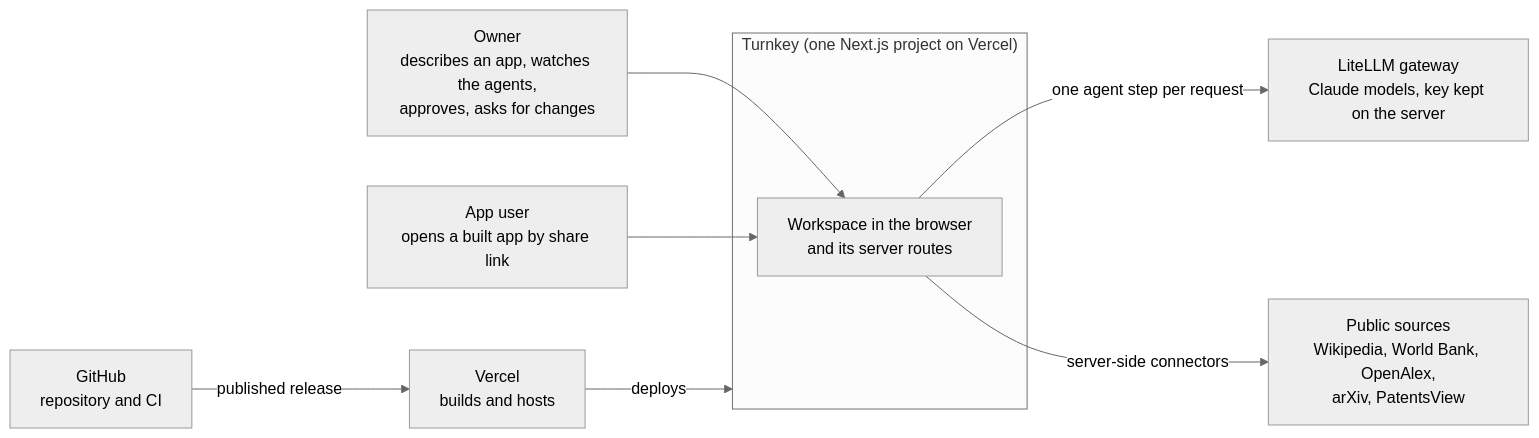
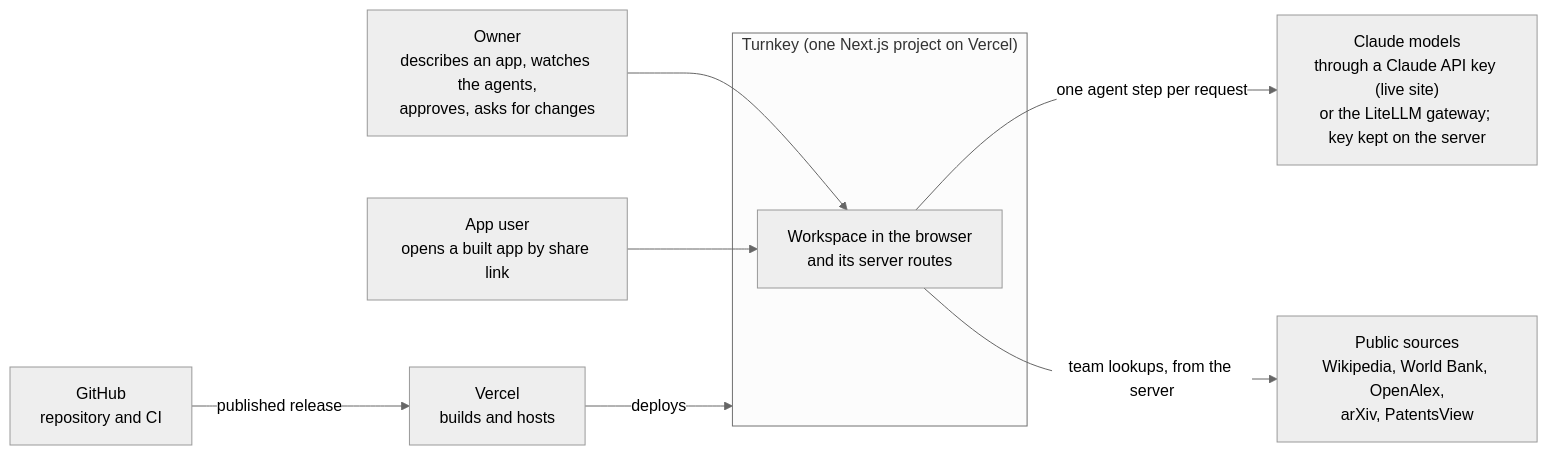
One commit to ismaeel-ch/Turnkey changed the first of 10 diagrams in docs/architecture/overview.md. Above: the diagram before and after it, drawn with Mermaid (neutral theme). The commit also changed other lines of this file and 19 other files, not shown here.

````diff
--- a/docs/architecture/overview.md
+++ b/docs/architecture/overview.md
@@ -30,18 +31,18 @@
 ```mermaid
 flowchart LR
   owner["Owner<br/>describes an app, watches the agents,<br/>approves, asks for changes"]
   user["App user<br/>opens a built app by share link"]
   subgraph turnkey["Turnkey (one Next.js project on Vercel)"]
     ws["Workspace in the browser<br/>and its server routes"]
   end
-  gw["LiteLLM gateway<br/>Claude models, key kept on the server"]
+  gw["Claude models<br/>through a Claude API key (live site)<br/>or the LiteLLM gateway; key kept on the server"]
   pub["Public sources<br/>Wikipedia, World Bank, OpenAlex,<br/>arXiv, PatentsView"]
   gh["GitHub<br/>repository and CI"]
   vc["Vercel<br/>builds and hosts"]
   owner --> ws
   user --> ws
   ws -->|"one agent step per request"| gw
-  ws -->|"server-side connectors"| pub
+  ws -->|"team lookups, from the server"| pub
   gh -->|"published release"| vc
   vc -->|"deploys"| turnkey
 ```
````
